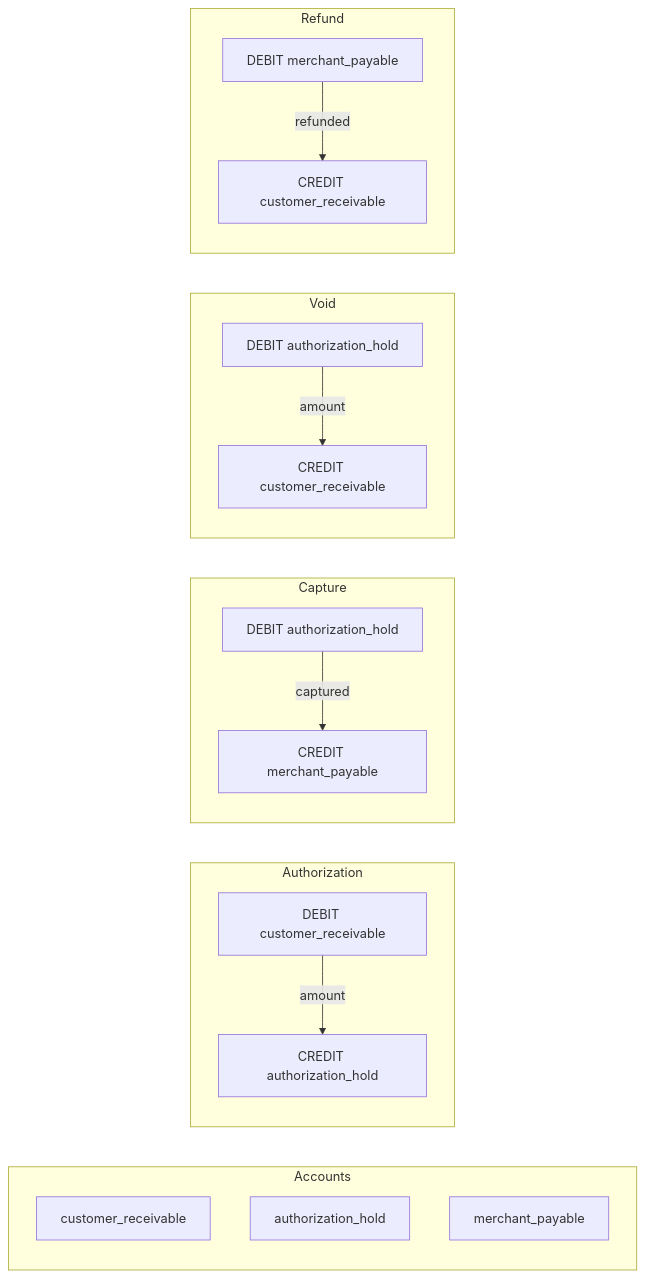
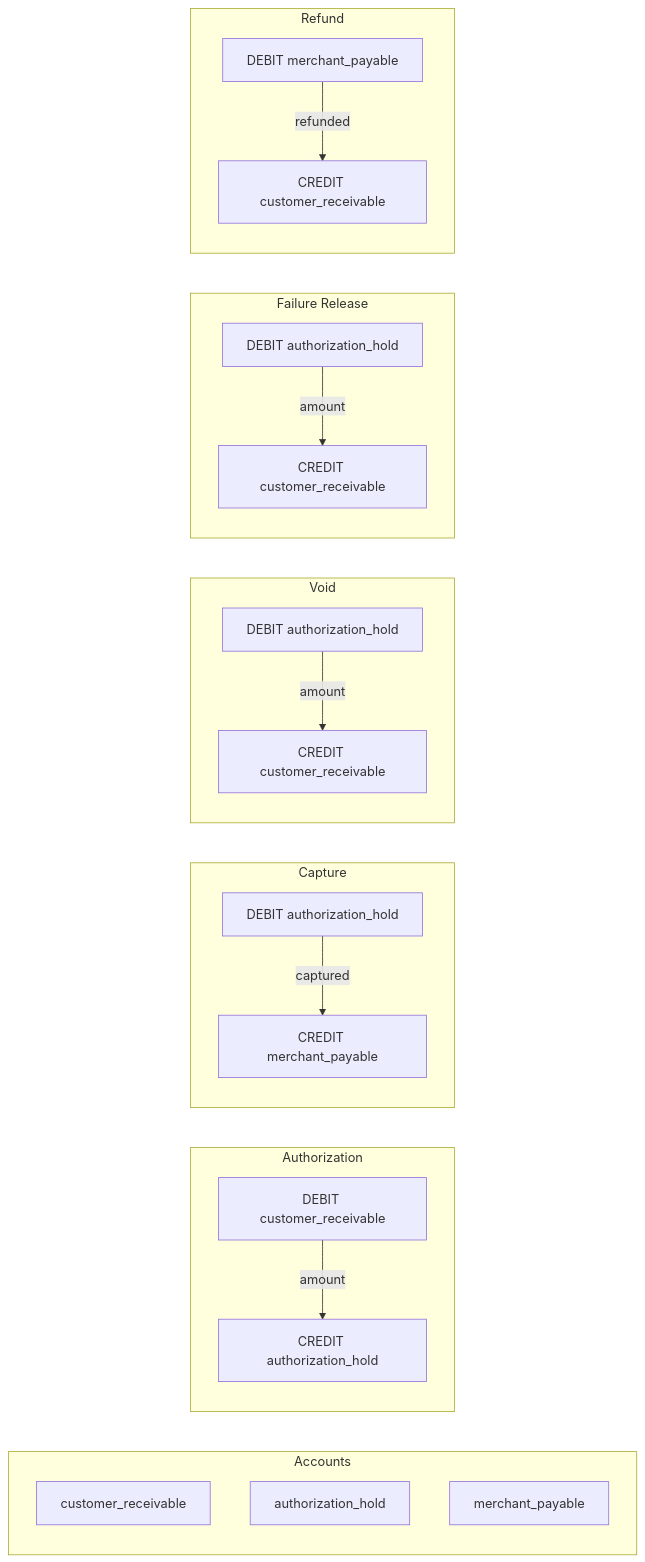
One commit to sunitakeazycommerz-a11y/InstaCommerce changed the fifth of 8 diagrams in services/payment-service/README.md. Above: the diagram before and after it, drawn with Mermaid. The commit also changed other lines of this file and 8 other files, not shown here.

First line of the commit message:
fix(payment): verify failure hold release semantics

````diff
--- a/services/payment-service/README.md
+++ b/services/payment-service/README.md
@@ -213,24 +215,28 @@
 ```mermaid
 flowchart LR
     subgraph Accounts
         CR[customer_receivable]
         AH[authorization_hold]
         MP[merchant_payable]
     end
 
     subgraph Authorization
         A1[DEBIT customer_receivable] -->|amount| A2[CREDIT authorization_hold]
     end
 
     subgraph Capture
         C1[DEBIT authorization_hold] -->|captured| C2[CREDIT merchant_payable]
     end
 
     subgraph Void
         V1[DEBIT authorization_hold] -->|amount| V2[CREDIT customer_receivable]
     end
 
+    subgraph Failure Release
+        F1[DEBIT authorization_hold] -->|amount| F2[CREDIT customer_receivable]
+    end
+
     subgraph Refund
         R1[DEBIT merchant_payable] -->|refunded| R2[CREDIT customer_receivable]
     end
 ```
````
